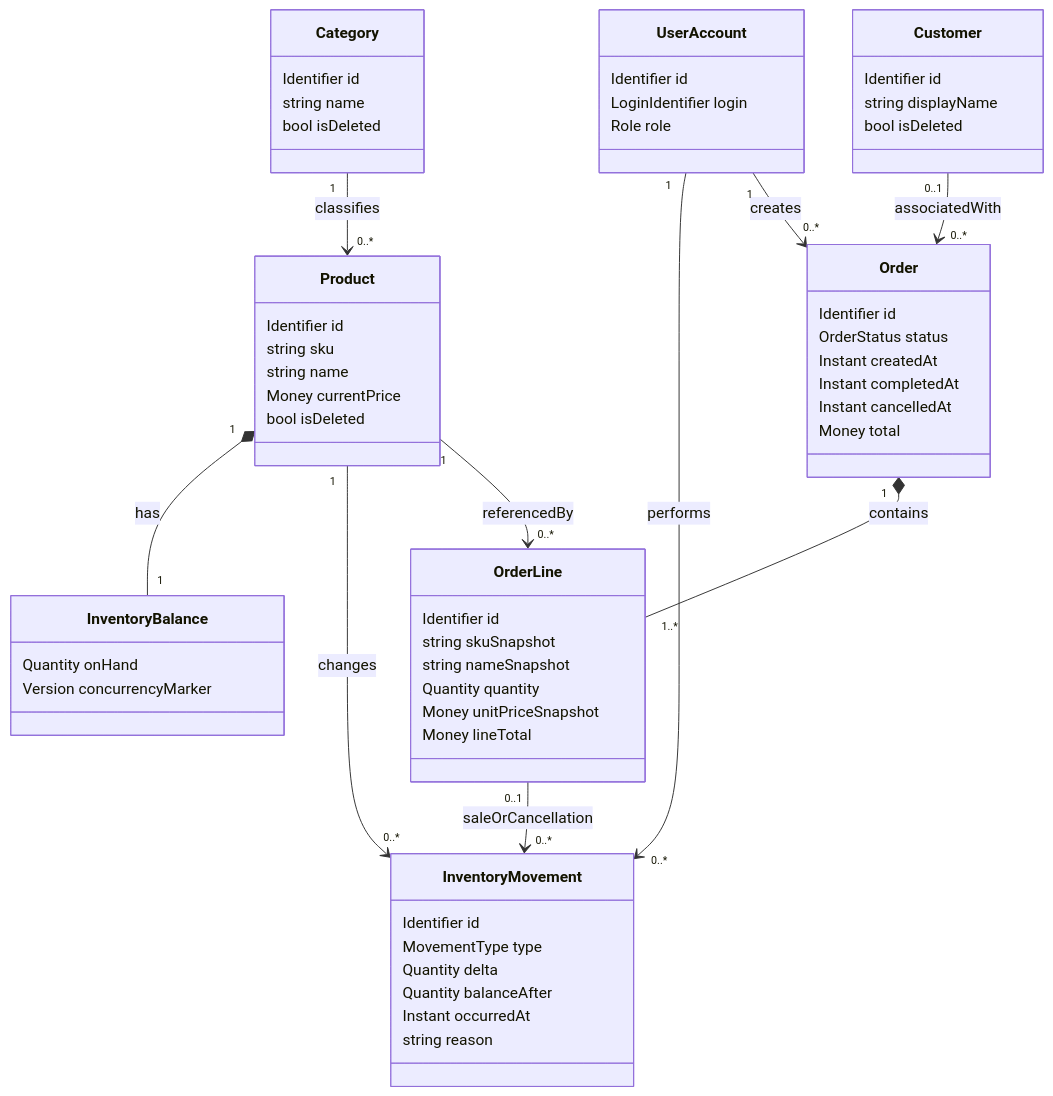
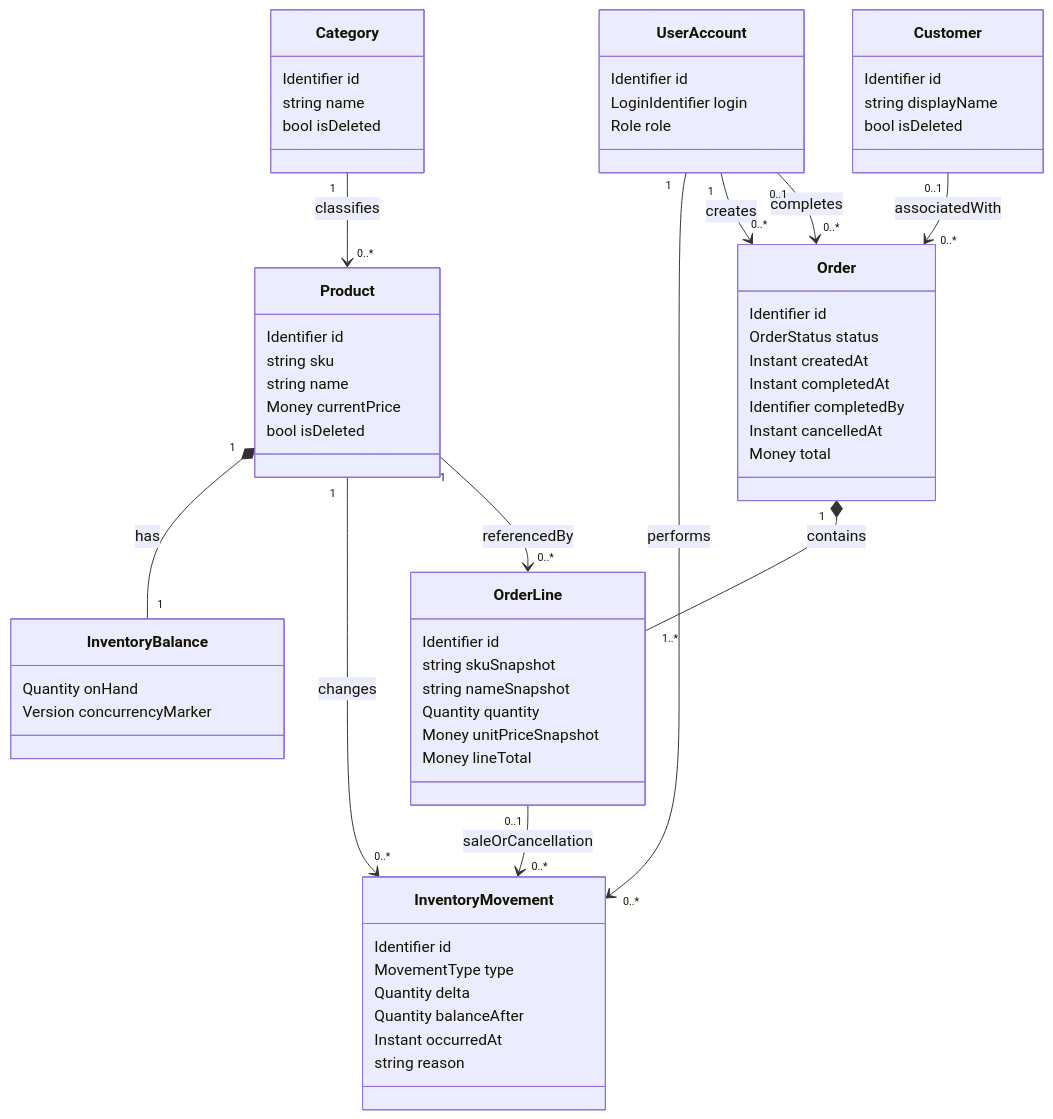
The fourth of 14 diagrams in docs/system-design.md (pvanh02/Order-Inventory-Management), drawn with Mermaid before and after one commit. The commit also changed other lines of this file and 1 other file, not shown here.

````diff
--- a/docs/system-design.md
+++ b/docs/system-design.md
@@ -713,62 +710,64 @@
 ```mermaid
 classDiagram
     class UserAccount {
         Identifier id
         LoginIdentifier login
         Role role
     }
     class Category {
         Identifier id
         string name
         bool isDeleted
     }
     class Product {
         Identifier id
         string sku
         string name
         Money currentPrice
         bool isDeleted
     }
     class InventoryBalance {
         Quantity onHand
         Version concurrencyMarker
     }
     class InventoryMovement {
         Identifier id
         MovementType type
         Quantity delta
         Quantity balanceAfter
         Instant occurredAt
         string reason
     }
     class Customer {
         Identifier id
         string displayName
         bool isDeleted
     }
     class Order {
         Identifier id
         OrderStatus status
         Instant createdAt
         Instant completedAt
+        Identifier completedBy
         Instant cancelledAt
         Money total
     }
     class OrderLine {
         Identifier id
         string skuSnapshot
         string nameSnapshot
         Quantity quantity
         Money unitPriceSnapshot
         Money lineTotal
     }
     Category "1" --> "0..*" Product : classifies
     Product "1" *-- "1" InventoryBalance : has
     Product "1" --> "0..*" InventoryMovement : changes
     UserAccount "1" --> "0..*" InventoryMovement : performs
     UserAccount "1" --> "0..*" Order : creates
+    UserAccount "0..1" --> "0..*" Order : completes
     Customer "0..1" --> "0..*" Order : associatedWith
     Order "1" *-- "1..*" OrderLine : contains
     Product "1" --> "0..*" OrderLine : referencedBy
     OrderLine "0..1" --> "0..*" InventoryMovement : saleOrCancellation
 ```
````
